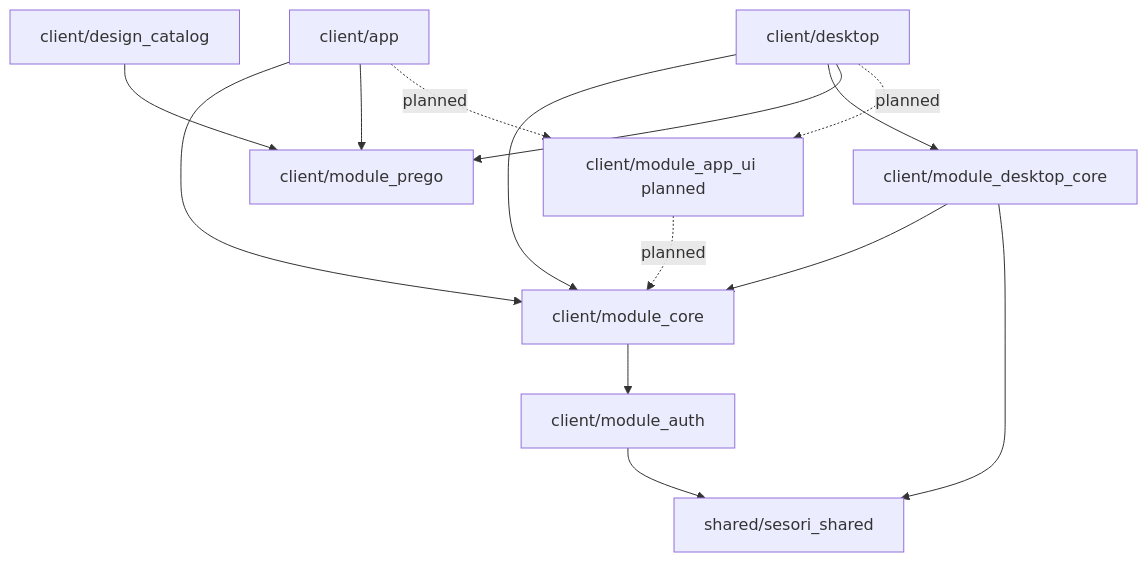
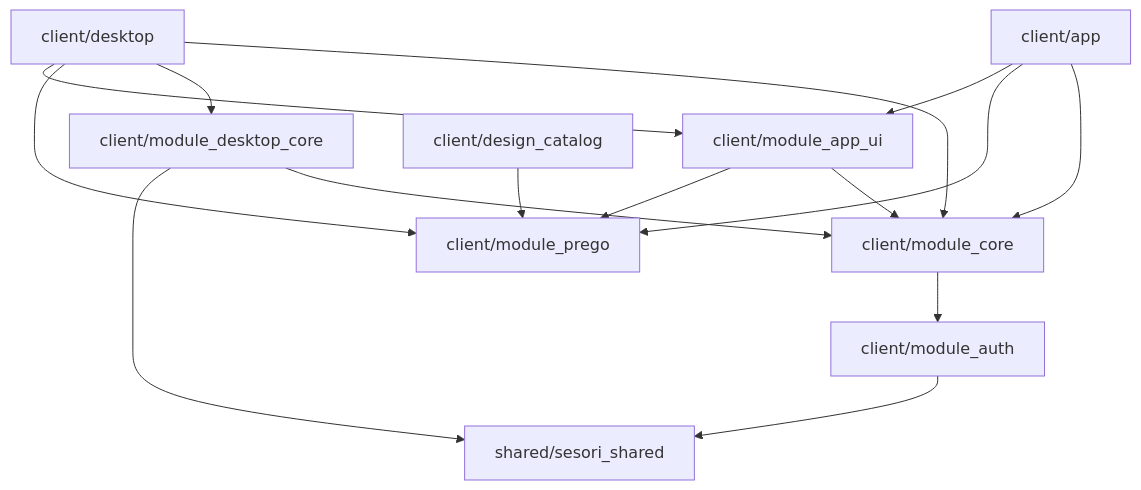
One commit to sesori-ai/sesori_apps_monorepo changed the diagram in client/README.md. Above: the diagram before and after it, drawn with Mermaid. The commit also changed other lines of this file and 153 other files, not shown here.

Commit message:
⚙️ [desktop-app] Create shared app UI foundations [step 14/22]

````diff
--- a/client/README.md
+++ b/client/README.md
@@ -24,19 +21,20 @@
 ```mermaid
 graph TD
   mobile[client/app] --> core[client/module_core]
   mobile --> prego[client/module_prego]
-  mobile -. "planned" .-> app_ui[client/module_app_ui planned]
+  mobile --> app_ui[client/module_app_ui]
 
   desktop[client/desktop] --> core
   desktop --> desktop_core[client/module_desktop_core]
   desktop --> prego
-  desktop -. "planned" .-> app_ui
+  desktop --> app_ui
 
   catalog[client/design_catalog] --> prego
 
-  app_ui -. "planned" .-> core
+  app_ui --> core
+  app_ui --> prego
   desktop_core --> core
   desktop_core --> shared[shared/sesori_shared]
   core --> auth[client/module_auth]
   auth --> shared
 ```
````
